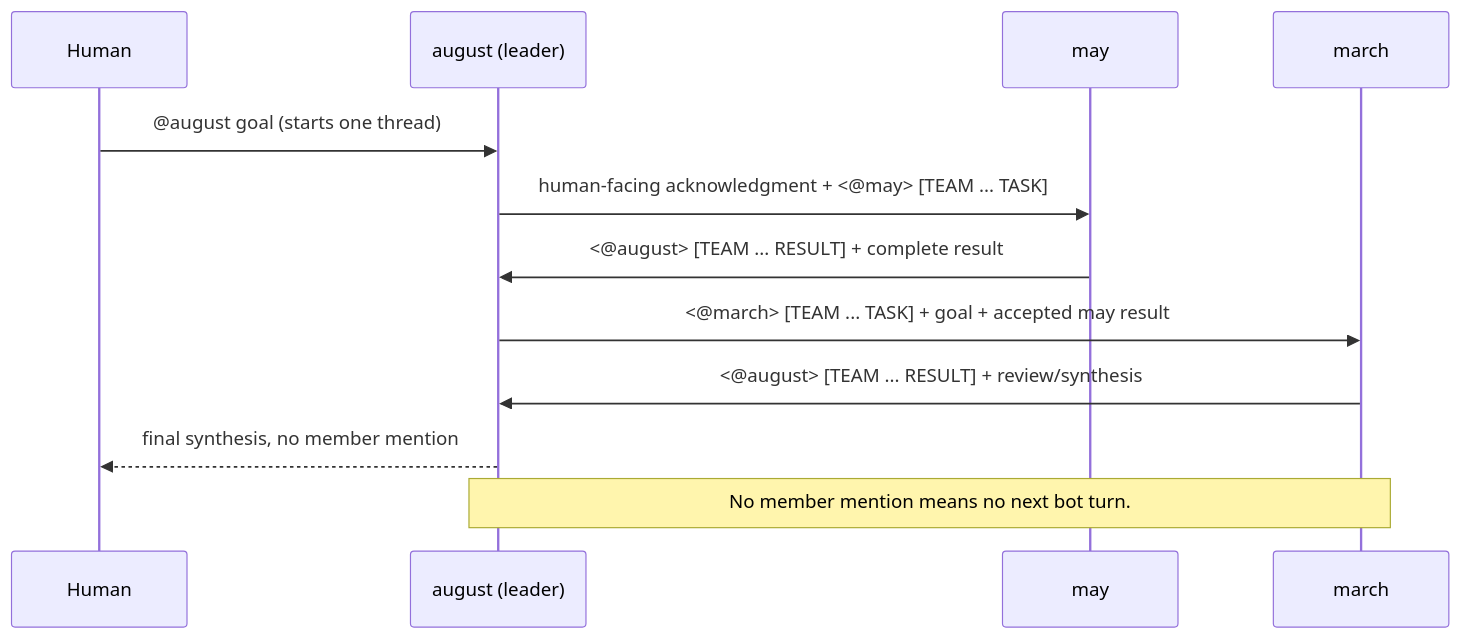
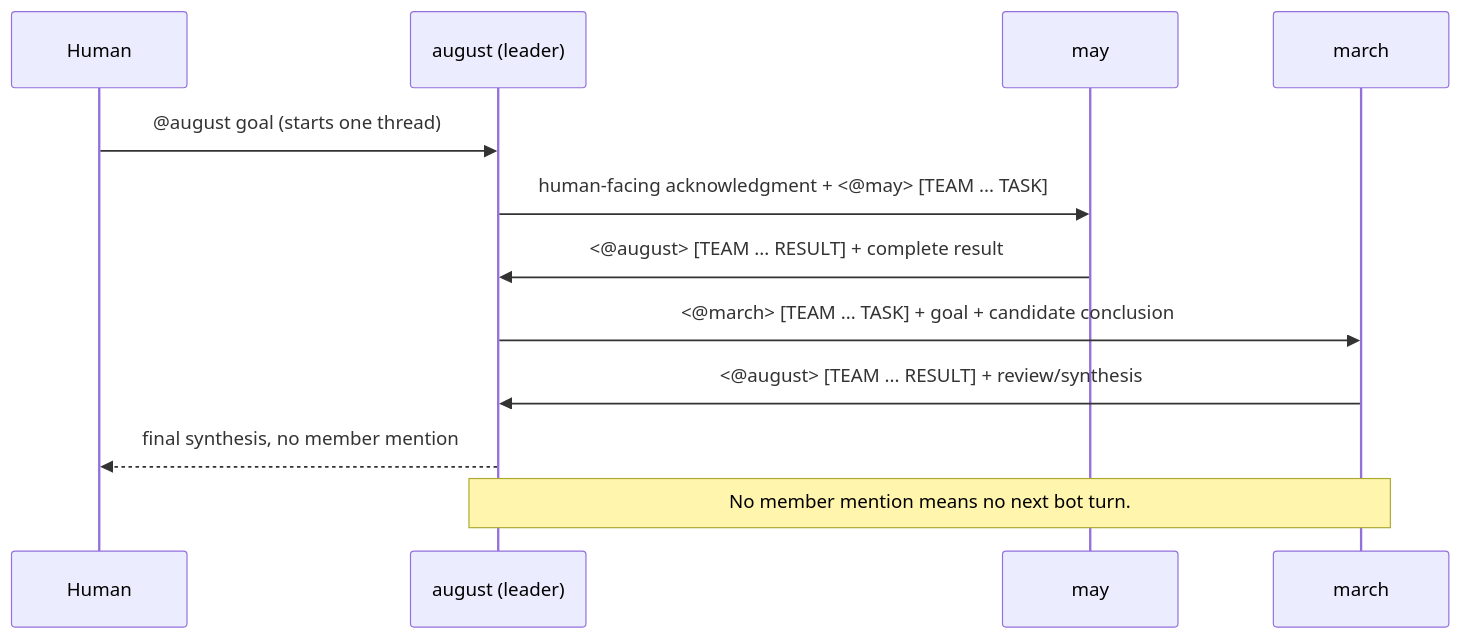
Before and after one commit to jyje/hermes-agent-helm: the diagram in docs/advanced/teams/reference.md, drawn with Mermaid. The commit also changed other lines of this file and 1 other file, not shown here.

Commit message:
📄 docs(teams): align independent review examples
Show candidate conclusions without prior execution methods or traces in the English and Korean handoff examples.

````diff
--- a/docs/advanced/teams/reference.md
+++ b/docs/advanced/teams/reference.md
@@ -285,15 +285,15 @@
 ```mermaid
 sequenceDiagram
     participant H as Human
     participant A as august (leader)
     participant M as may
     participant R as march
 
     H->>A: @august goal (starts one thread)
     A->>M: human-facing acknowledgment + <@may> [TEAM ... TASK]
     M->>A: <@august> [TEAM ... RESULT] + complete result
-    A->>R: <@march> [TEAM ... TASK] + goal + accepted may result
+    A->>R: <@march> [TEAM ... TASK] + goal + candidate conclusion
     R->>A: <@august> [TEAM ... RESULT] + review/synthesis
     A-->>H: final synthesis, no member mention
     Note over A,R: No member mention means no next bot turn.
 ```
````
